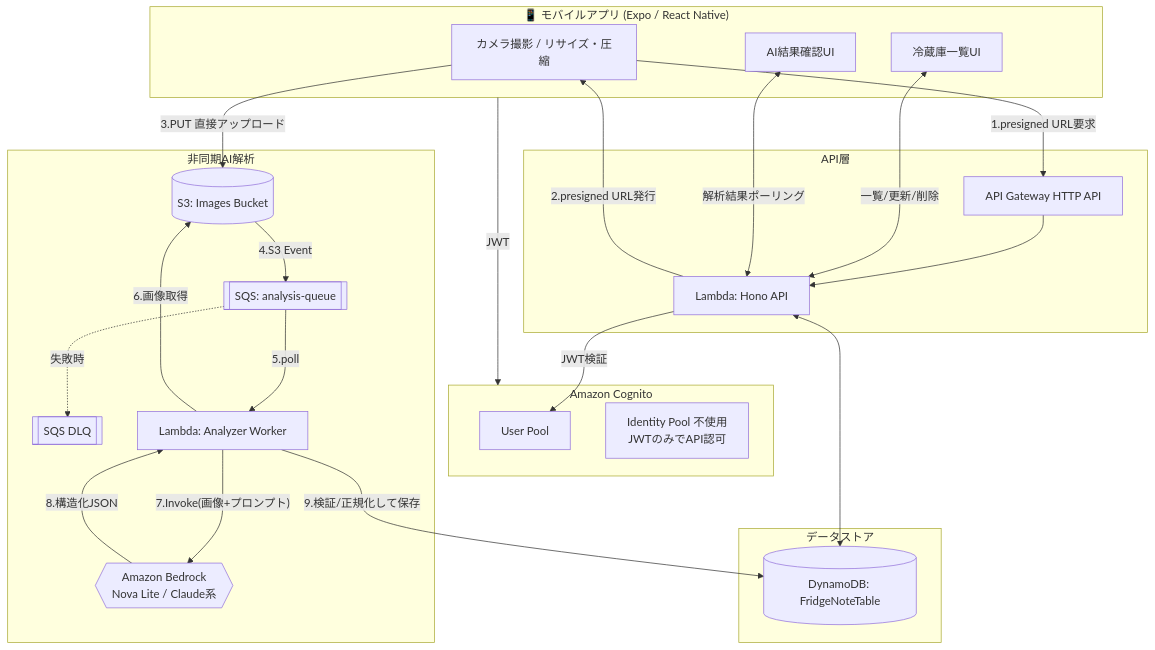
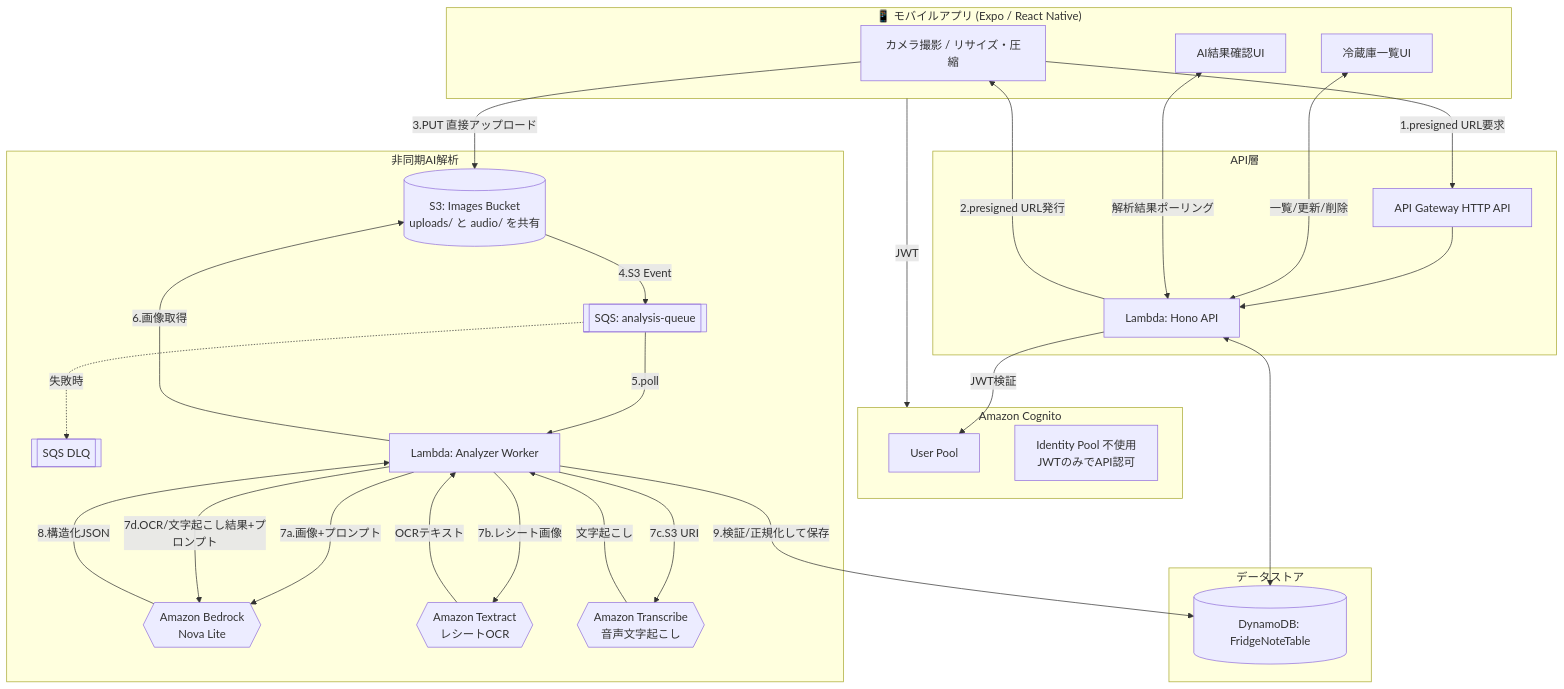
One commit to MiyazakiSora1234/FridgeNote changed the diagram in docs/architecture.md. Above: the diagram before and after it, drawn with Mermaid. The commit also changed other lines of this file and 3 other files, not shown here.

````diff
--- a/docs/architecture.md
+++ b/docs/architecture.md
@@ -17,47 +17,54 @@
 ```mermaid
 flowchart TB
     subgraph Client["📱 モバイルアプリ (Expo / React Native)"]
         A1[カメラ撮影 / リサイズ・圧縮]
         A2[冷蔵庫一覧UI]
         A3[AI結果確認UI]
     end
 
     subgraph Auth["Amazon Cognito"]
         C1[User Pool]
         C2[Identity Pool 不使用<br/>JWTのみでAPI認可]
     end
 
     subgraph API["API層"]
         G1[API Gateway HTTP API]
         L1[Lambda: Hono API]
     end
 
     subgraph Async["非同期AI解析"]
-        S1[(S3: Images Bucket)]
+        S1[(S3: Images Bucket<br/>uploads/ と audio/ を共有)]
         Q1[[SQS: analysis-queue]]
         DLQ[[SQS DLQ]]
         L2[Lambda: Analyzer Worker]
-        B1{{Amazon Bedrock<br/>Nova Lite / Claude系}}
+        B1{{Amazon Bedrock<br/>Nova Lite}}
+        T1{{Amazon Textract<br/>レシートOCR}}
+        T2{{Amazon Transcribe<br/>音声文字起こし}}
     end
 
     subgraph Data["データストア"]
         D1[(DynamoDB: FridgeNoteTable)]
     end
 
     A1 -- 1.presigned URL要求 --> G1
     G1 --> L1
     L1 -- 2.presigned URL発行 --> A1
     A1 -- 3.PUT 直接アップロード --> S1
     S1 -- 4.S3 Event --> Q1
     Q1 -- 5.poll --> L2
     Q1 -.失敗時.-> DLQ
     L2 -- 6.画像取得 --> S1
-    L2 -- 7.Invoke(画像+プロンプト) --> B1
+    L2 -- 7a.画像+プロンプト --> B1
+    L2 -- 7b.レシート画像 --> T1
+    L2 -- 7c.S3 URI --> T2
+    T1 -- OCRテキスト --> L2
+    T2 -- 文字起こし --> L2
+    L2 -- 7d.OCR/文字起こし結果+プロンプト --> B1
     B1 -- 8.構造化JSON --> L2
     L2 -- 9.検証/正規化して保存 --> D1
     A2 <-- 一覧/更新/削除 --> L1
     A3 <-- 解析結果ポーリング --> L1
     L1 <--> D1
     Client -- JWT --> Auth
     L1 -- JWT検証 --> C1
 ```
````
